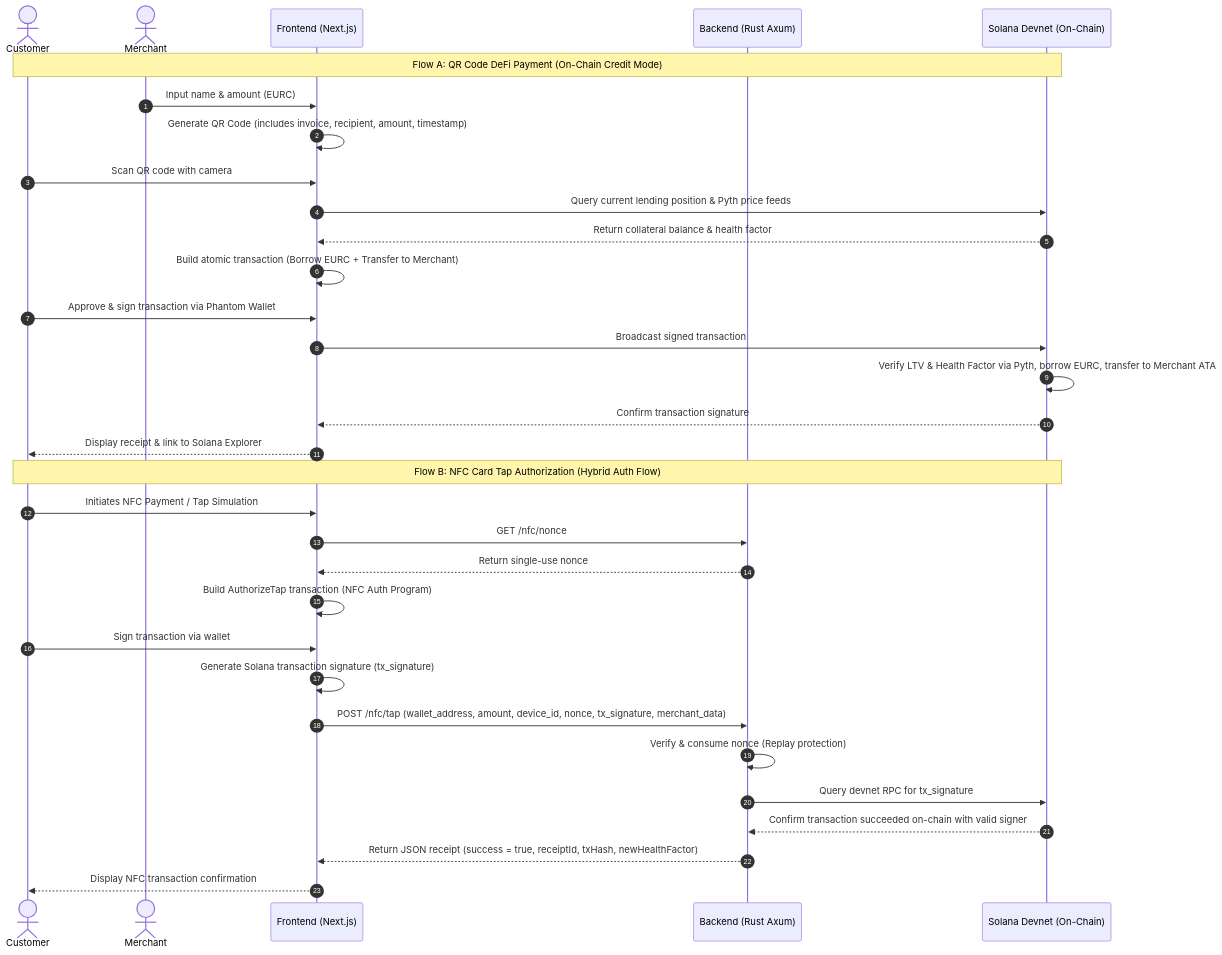
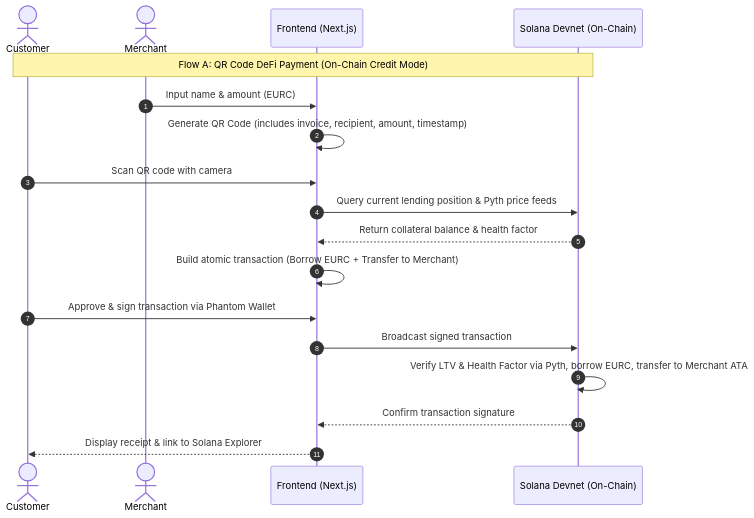
One commit to sks006/digital_payment_system changed the first of 2 diagrams in README.md. Above: the diagram before and after it, drawn with Mermaid. The commit also changed other lines of this file, not shown here.

Commit message:
refactor: remove NFC payment flow details from README

````diff
--- a/README.md
+++ b/README.md
@@ -269,36 +269,21 @@
 ```mermaid
 sequenceDiagram
     autonumber
     actor Customer
     actor Merchant
     participant FE as Frontend (Next.js)
-    participant BE as Backend (Rust Axum)
     participant Chain as Solana Devnet (On-Chain)
 
     Note over Customer, Chain: Flow A: QR Code DeFi Payment (On-Chain Credit Mode)
     Merchant->>FE: Input name & amount (EURC)
     FE->>FE: Generate QR Code (includes invoice, recipient, amount, timestamp)
     Customer->>FE: Scan QR code with camera
     FE->>Chain: Query current lending position & Pyth price feeds
     Chain-->>FE: Return collateral balance & health factor
     FE->>FE: Build atomic transaction (Borrow EURC + Transfer to Merchant)
     Customer->>FE: Approve & sign transaction via Phantom Wallet
     FE->>Chain: Broadcast signed transaction
     Chain->>Chain: Verify LTV & Health Factor via Pyth, borrow EURC, transfer to Merchant ATA
     Chain-->>FE: Confirm transaction signature
     FE-->>Customer: Display receipt & link to Solana Explorer
-
-    Note over Customer, Chain: Flow B: NFC Card Tap Authorization (Hybrid Auth Flow)
-    Customer->>FE: Initiates NFC Payment / Tap Simulation
-    FE->>BE: GET /nfc/nonce
-    BE-->>FE: Return single-use nonce
-    FE->>FE: Build AuthorizeTap transaction (NFC Auth Program)
-    Customer->>FE: Sign transaction via wallet
-    FE->>FE: Generate Solana transaction signature (tx_signature)
-    FE->>BE: POST /nfc/tap (wallet_address, amount, device_id, nonce, tx_signature, merchant_data)
-    BE->>BE: Verify & consume nonce (Replay protection)
-    BE->>Chain: Query devnet RPC for tx_signature
-    Chain-->>BE: Confirm transaction succeeded on-chain with valid signer
-    BE-->>FE: Return JSON receipt (success = true, receiptId, txHash, newHealthFactor)
-    FE-->>Customer: Display NFC transaction confirmation
 ```
````
